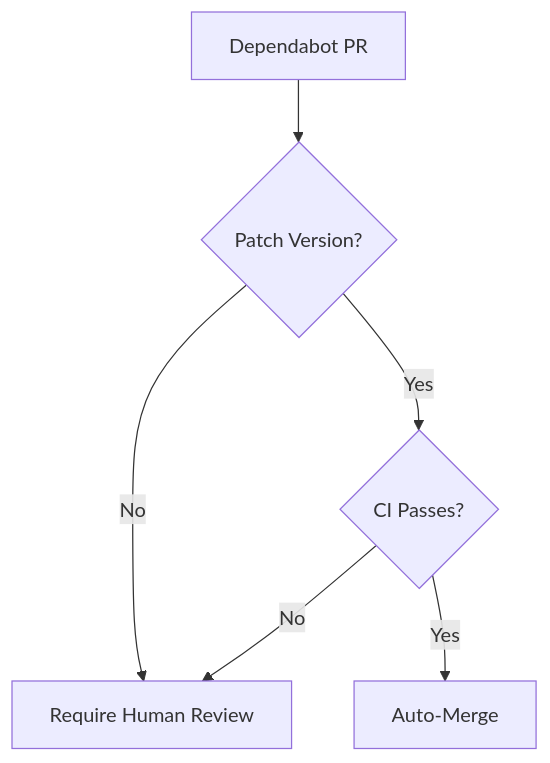
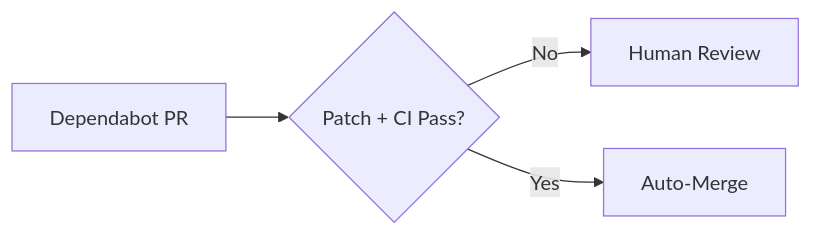
Before and after one commit to ambient-code/reference: the third of 4 diagrams in docs/patterns/gha-automation-patterns.md, drawn with Mermaid. The commit also changed other lines of this file and 8 other files, not shown here.

First line of the commit message:
docs: simplify mermaid diagrams for visual clarity (#17)

````diff
--- a/docs/patterns/gha-automation-patterns.md
+++ b/docs/patterns/gha-automation-patterns.md
@@ -159,8 +155,6 @@
 ```mermaid
-flowchart TD
-    A[Dependabot PR] --> B{Patch Version?}
-    B -->|No| C[Require Human Review]
-    B -->|Yes| D{CI Passes?}
-    D -->|No| C
-    D -->|Yes| E[Auto-Merge]
+flowchart LR
+    A[Dependabot PR] --> B{Patch + CI Pass?}
+    B -->|No| C[Human Review]
+    B -->|Yes| D[Auto-Merge]
 ```
````
